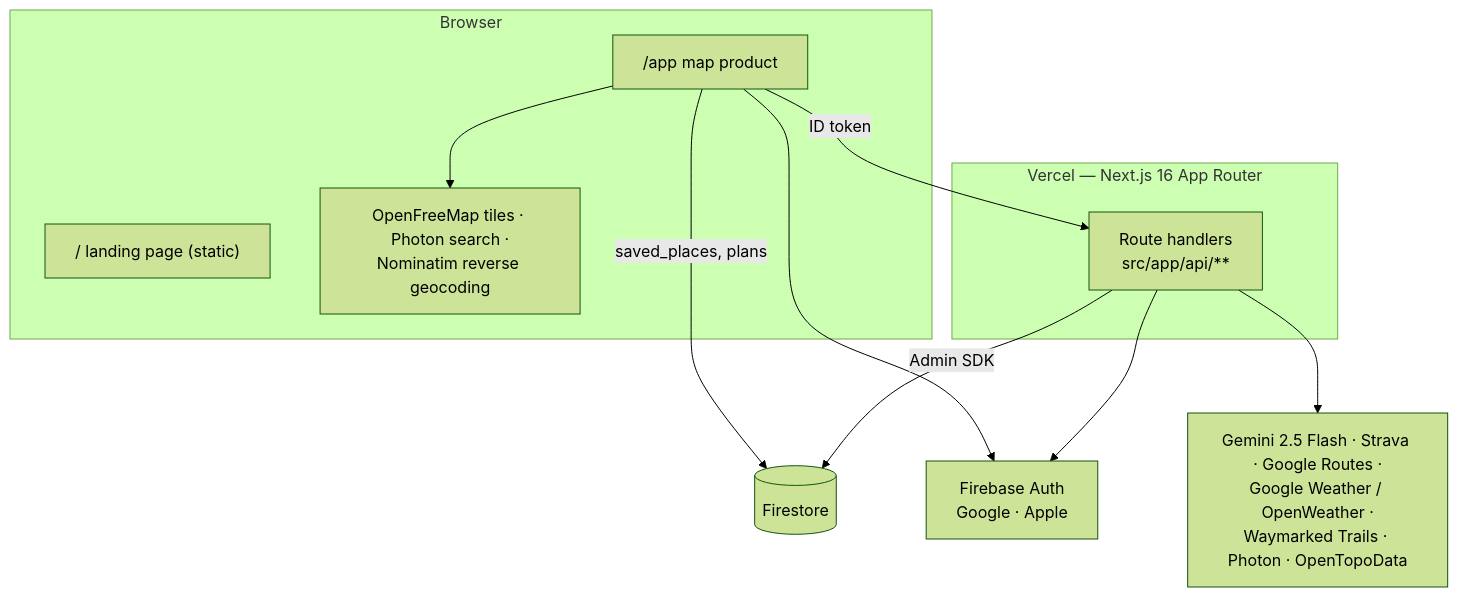
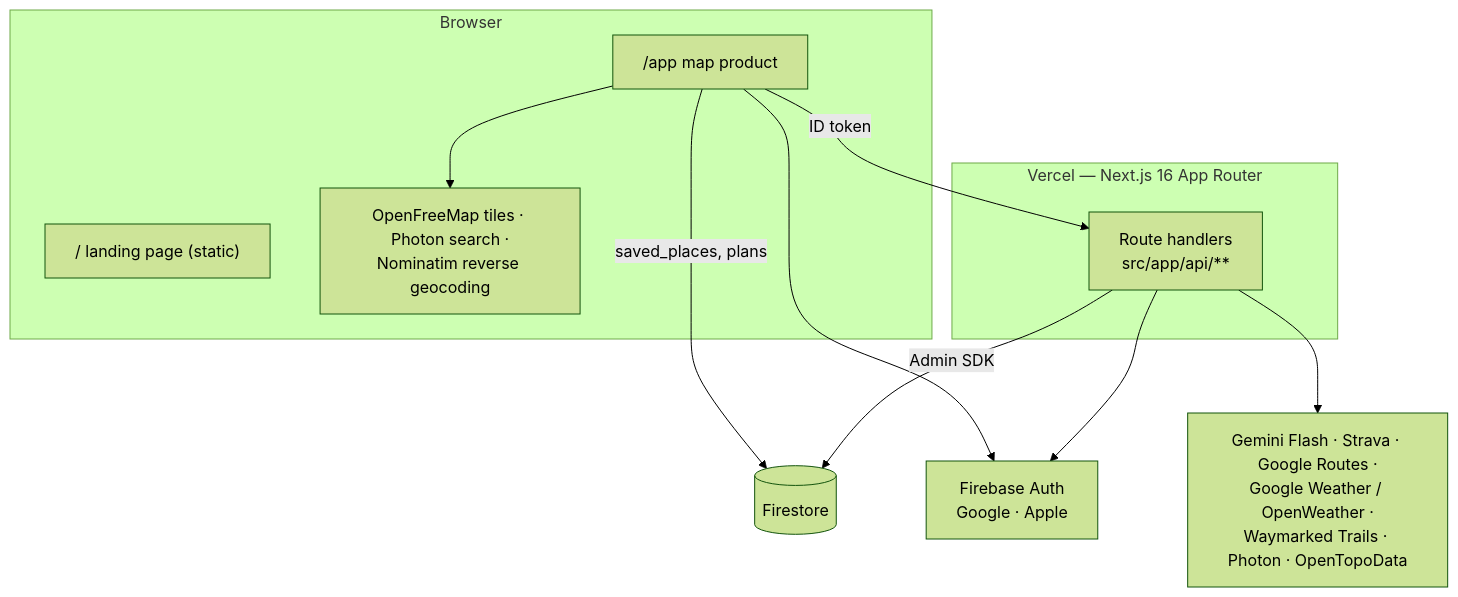
One commit to Oweeboi011/Fit-Ready-IQ changed the first of 5 diagrams in docs/guides/architecture.md. Above: the diagram before and after it, drawn with Mermaid (forest theme). The commit also changed 7 other files, not shown here.

First line of the commit message:
fix(chat): move off the retired gemini-2.5-flash, model set by env

````diff
--- a/docs/guides/architecture.md
+++ b/docs/guides/architecture.md
@@ -10,22 +10,22 @@
 ```mermaid
 flowchart TB
     subgraph Browser
         L["/ landing page (static)"]
         M["/app map product"]
         OSM["OpenFreeMap tiles · Photon search ·<br/>Nominatim reverse geocoding"]
     end
     subgraph Vercel["Vercel — Next.js 16 App Router"]
         API["Route handlers<br/>src/app/api/**"]
     end
     FS[("Firestore")]
     FA["Firebase Auth<br/>Google · Apple"]
-    EXT["Gemini 2.5 Flash · Strava · Google Routes ·<br/>Google Weather / OpenWeather ·<br/>Waymarked Trails · Photon · OpenTopoData"]
+    EXT["Gemini Flash · Strava · Google Routes ·<br/>Google Weather / OpenWeather ·<br/>Waymarked Trails · Photon · OpenTopoData"]
 
     M --> OSM
     M -->|ID token| API
     M -->|saved_places, plans| FS
     M --> FA
     API -->|Admin SDK| FS
     API --> FA
     API --> EXT
 ```
````
